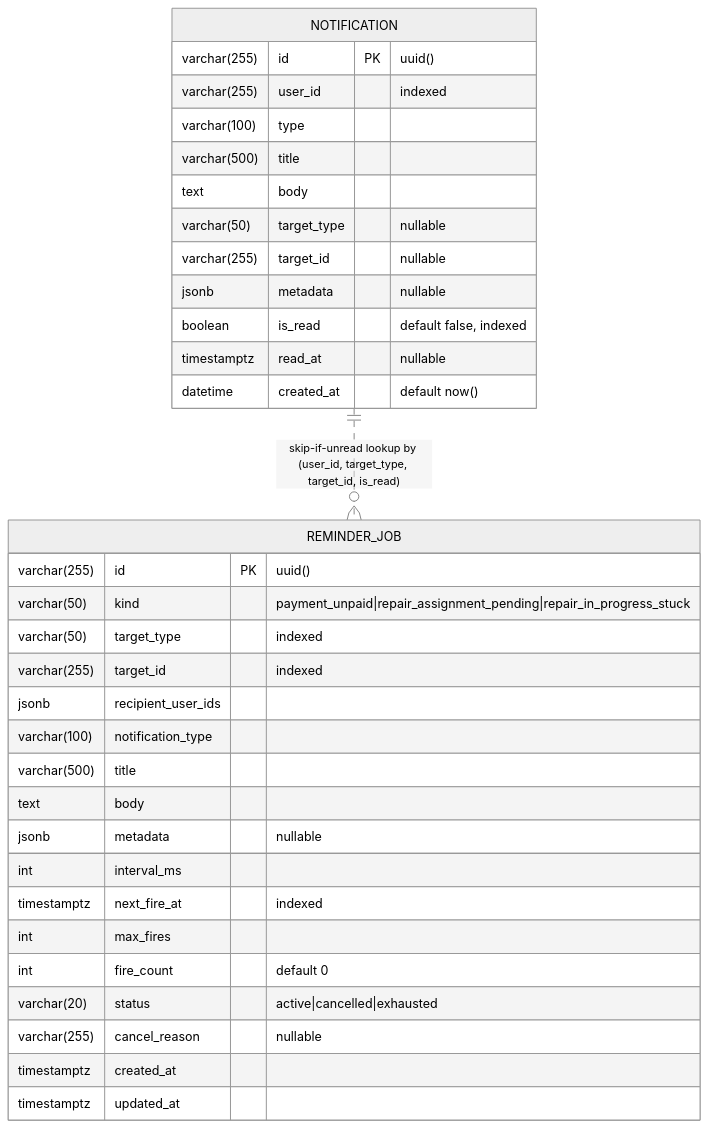
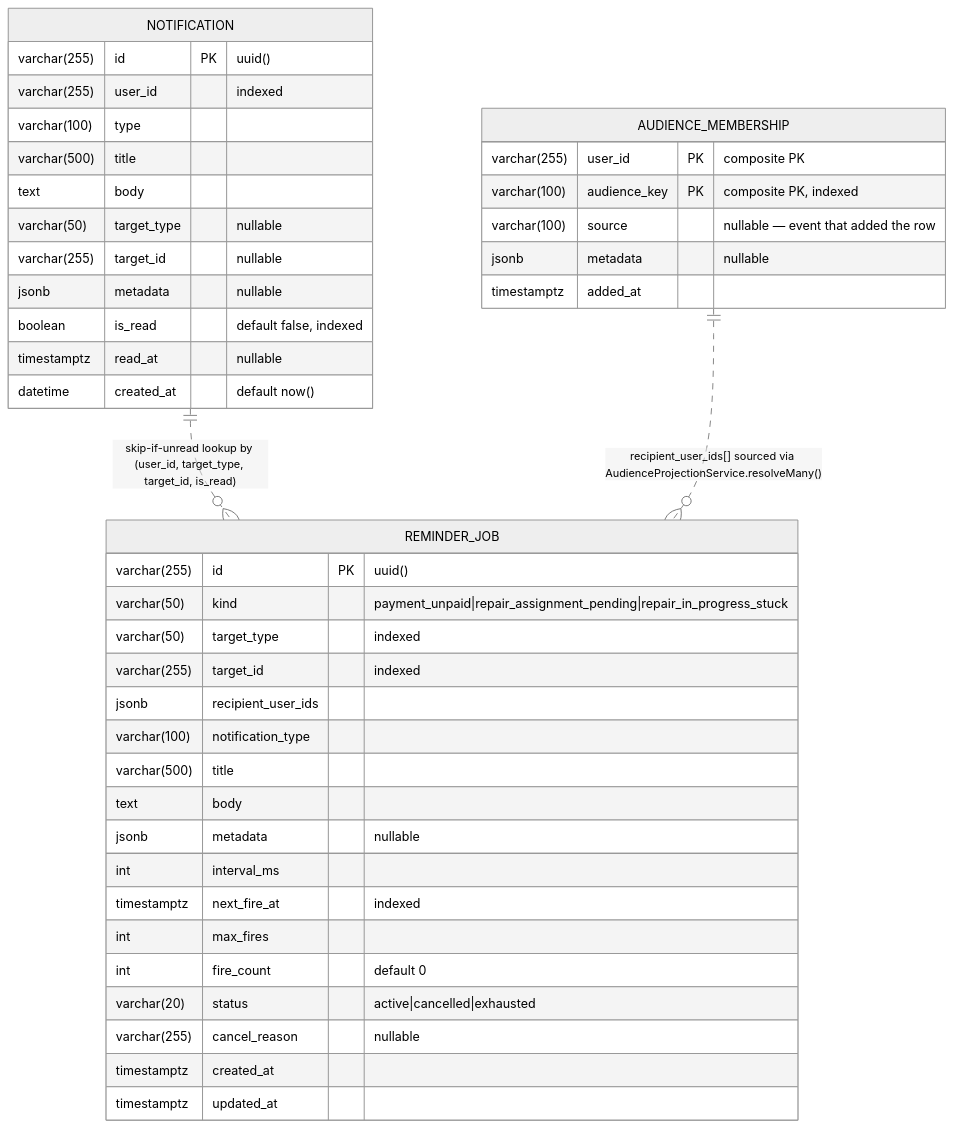
One commit to yolona-oss/asko-rsw changed the fifth of 21 diagrams in apps/notification-service/README.md. Above: the diagram before and after it, drawn with Mermaid (neutral theme). The commit also changed other lines of this file and 37 other files, not shown here.

````diff
--- a/apps/notification-service/README.md
+++ b/apps/notification-service/README.md
@@ -294,38 +313,47 @@
 ```mermaid
 erDiagram
     NOTIFICATION {
         varchar(255) id PK "uuid()"
         varchar(255) user_id "indexed"
         varchar(100) type
         varchar(500) title
         text body
         varchar(50) target_type "nullable"
         varchar(255) target_id "nullable"
         jsonb metadata "nullable"
         boolean is_read "default false, indexed"
         timestamptz read_at "nullable"
         datetime created_at "default now()"
     }
 
     REMINDER_JOB {
         varchar(255) id PK "uuid()"
         varchar(50) kind "payment_unpaid|repair_assignment_pending|repair_in_progress_stuck"
         varchar(50) target_type "indexed"
         varchar(255) target_id "indexed"
         jsonb recipient_user_ids
         varchar(100) notification_type
         varchar(500) title
         text body
         jsonb metadata "nullable"
         int interval_ms
         timestamptz next_fire_at "indexed"
         int max_fires
         int fire_count "default 0"
         varchar(20) status "active|cancelled|exhausted"
         varchar(255) cancel_reason "nullable"
         timestamptz created_at
         timestamptz updated_at
     }
 
+    AUDIENCE_MEMBERSHIP {
+        varchar(255) user_id PK "composite PK"
+        varchar(100) audience_key PK "composite PK, indexed"
+        varchar(100) source "nullable — event that added the row"
+        jsonb metadata "nullable"
+        timestamptz added_at
+    }
+
     NOTIFICATION ||..o{ REMINDER_JOB : "skip-if-unread lookup by (user_id, target_type, target_id, is_read)"
+    AUDIENCE_MEMBERSHIP ||..o{ REMINDER_JOB : "recipient_user_ids[] sourced via AudienceProjectionService.resolveMany()"
 ```
````
